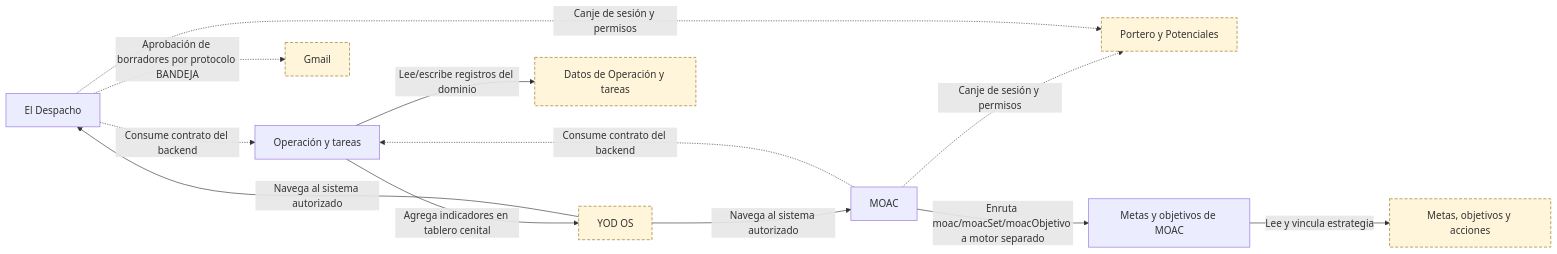
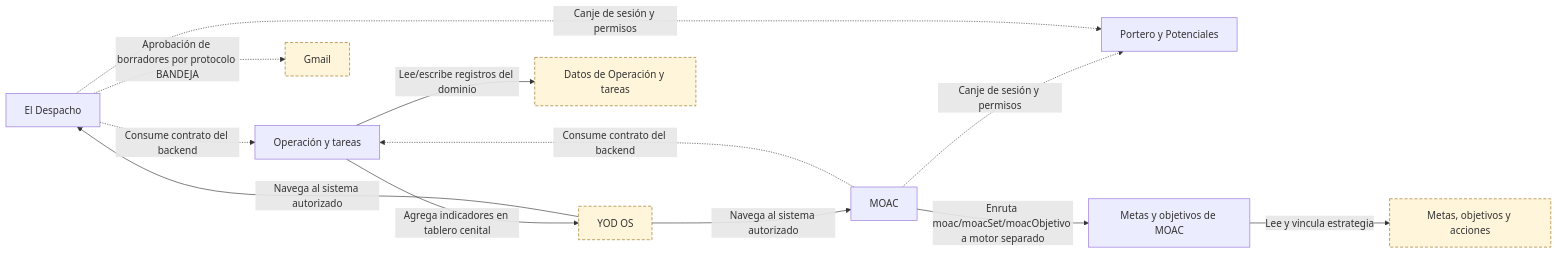
One commit to yodesarrollomx/yod-portal changed the first of 9 diagrams in docs/arquitectura/mapas.md. Above: the diagram before and after it, drawn with Mermaid. The commit also changed other lines of this file and 10 other files, not shown here.

````diff
--- a/docs/arquitectura/mapas.md
+++ b/docs/arquitectura/mapas.md
@@ -9,29 +9,28 @@
 ```mermaid
 flowchart LR
   n_SYS_DESPACHO["El Despacho"]
   n_SYS_TAREAS["MOAC"]
   n_SYS_YOD_OS["YOD OS"]
   n_GAS_PORTERO["Portero y Potenciales"]
   n_GAS_OPERACION["Operación y tareas"]
   n_SHEET_OPERACION["Datos de Operación y tareas"]
   n_EXT_GMAIL["Gmail"]
   n_GAS_MOAC_METAS["Metas y objetivos de MOAC"]
   n_SHEET_MOAC_METAS["Metas, objetivos y acciones"]
   n_GAS_OPERACION -->|Lee/escribe registros del dominio| n_SHEET_OPERACION
   n_SYS_DESPACHO -.->|Consume contrato del backend| n_GAS_OPERACION
   n_SYS_TAREAS -.->|Consume contrato del backend| n_GAS_OPERACION
   n_SYS_YOD_OS -->|Navega al sistema autorizado| n_SYS_DESPACHO
   n_SYS_YOD_OS -->|Navega al sistema autorizado| n_SYS_TAREAS
   n_SYS_TAREAS -.->|Canje de sesión y permisos| n_GAS_PORTERO
   n_SYS_DESPACHO -.->|Canje de sesión y permisos| n_GAS_PORTERO
   n_GAS_OPERACION -->|Agrega indicadores en tablero cenital| n_SYS_YOD_OS
   n_SYS_DESPACHO -.->|Aprobación de borradores por protocolo BANDEJA| n_EXT_GMAIL
   n_SYS_TAREAS -->|Enruta moac/moacSet/moacObjetivo a motor separado| n_GAS_MOAC_METAS
   n_GAS_MOAC_METAS -->|Lee y vincula estrategia| n_SHEET_MOAC_METAS
   classDef pendiente fill:#fff5da,stroke:#996d16,stroke-dasharray:5 3;
   class n_SYS_YOD_OS pendiente;
-  class n_GAS_PORTERO pendiente;
   class n_SHEET_OPERACION pendiente;
   class n_EXT_GMAIL pendiente;
   class n_SHEET_MOAC_METAS pendiente;
 ```
````
